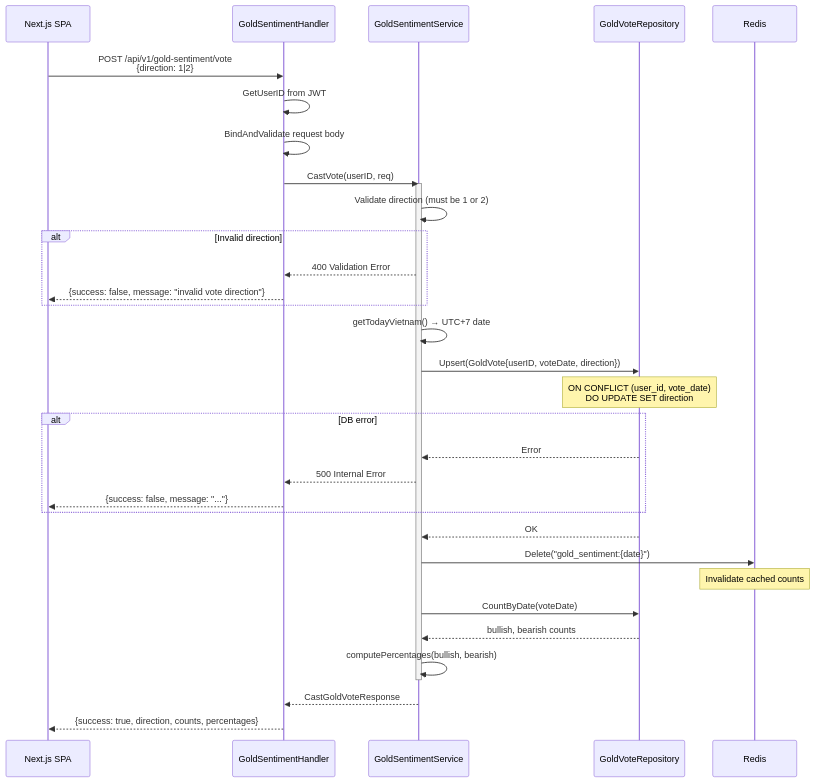
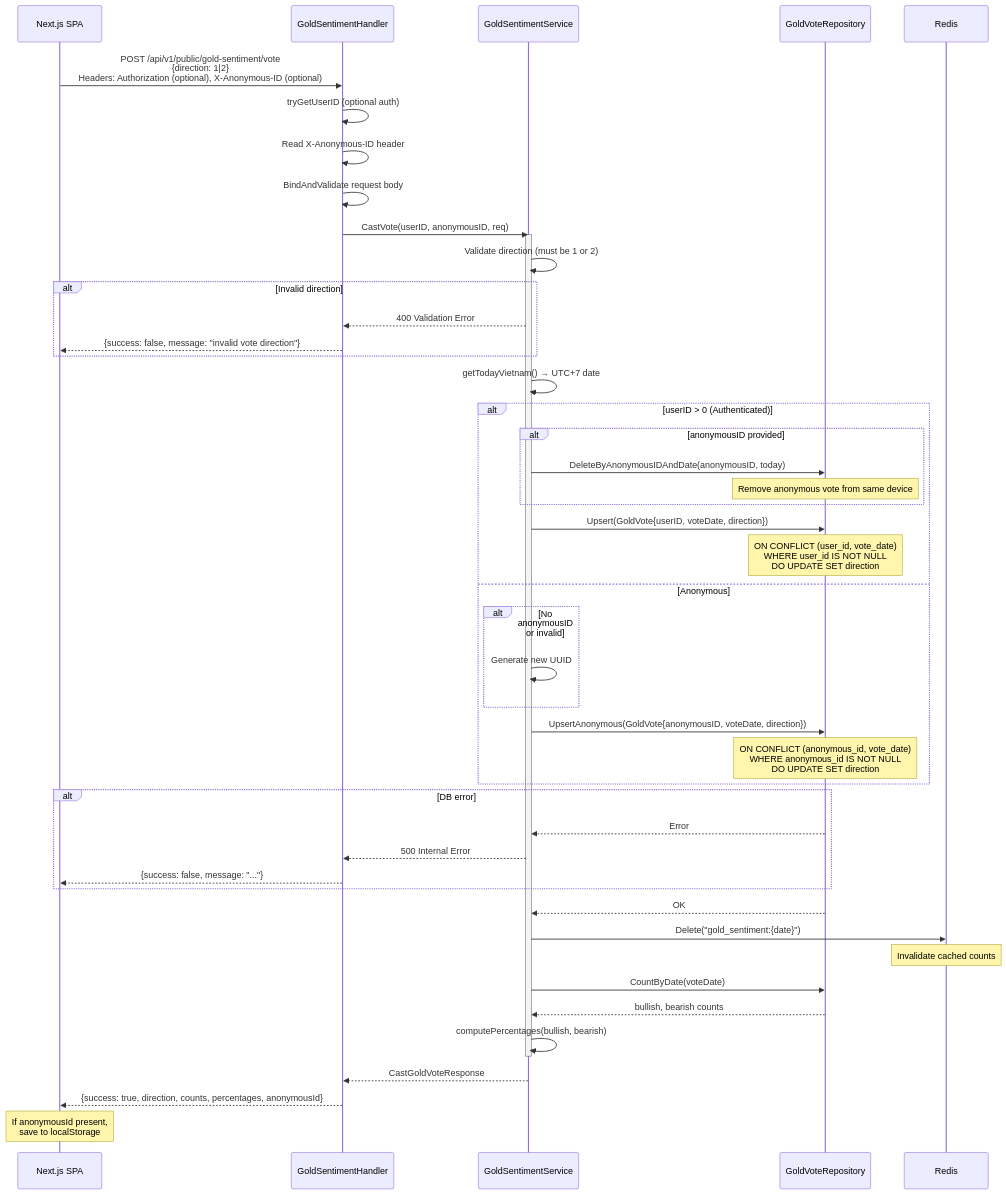
One commit to khanhnq1406/wealth-journey changed the first of 3 diagrams in docs/architecture/flow-gold-sentiment.md. Above: the diagram before and after it, drawn with Mermaid. The commit also changed other lines of this file and 20 other files, not shown here.

First line of the commit message:
feat(gold-sentiment): allow anonymous users to vote without authentication

````diff
--- a/docs/architecture/flow-gold-sentiment.md
+++ b/docs/architecture/flow-gold-sentiment.md
@@ -19,41 +19,57 @@
 ```mermaid
 sequenceDiagram
     participant SPA as Next.js SPA
     participant H as GoldSentimentHandler
     participant GS as GoldSentimentService
     participant VR as GoldVoteRepository
     participant R as Redis
 
-    SPA->>H: POST /api/v1/gold-sentiment/vote<br/>{direction: 1|2}
-    H->>H: GetUserID from JWT
+    SPA->>H: POST /api/v1/public/gold-sentiment/vote<br/>{direction: 1|2}<br/>Headers: Authorization (optional), X-Anonymous-ID (optional)
+    H->>H: tryGetUserID (optional auth)
+    H->>H: Read X-Anonymous-ID header
     H->>H: BindAndValidate request body
-    H->>GS: CastVote(userID, req)
+    H->>GS: CastVote(userID, anonymousID, req)
 
     activate GS
     GS->>GS: Validate direction (must be 1 or 2)
     alt Invalid direction
         GS-->>H: 400 Validation Error
         H-->>SPA: {success: false, message: "invalid vote direction"}
     end
 
     GS->>GS: getTodayVietnam() → UTC+7 date
-    GS->>VR: Upsert(GoldVote{userID, voteDate, direction})
-    Note over VR: ON CONFLICT (user_id, vote_date)<br/>DO UPDATE SET direction
+
+    alt userID > 0 (Authenticated)
+        alt anonymousID provided
+            GS->>VR: DeleteByAnonymousIDAndDate(anonymousID, today)
+            Note over VR: Remove anonymous vote from same device
+        end
+        GS->>VR: Upsert(GoldVote{userID, voteDate, direction})
+        Note over VR: ON CONFLICT (user_id, vote_date)<br/>WHERE user_id IS NOT NULL<br/>DO UPDATE SET direction
+    else Anonymous
+        alt No anonymousID or invalid
+            GS->>GS: Generate new UUID
+        end
+        GS->>VR: UpsertAnonymous(GoldVote{anonymousID, voteDate, direction})
+        Note over VR: ON CONFLICT (anonymous_id, vote_date)<br/>WHERE anonymous_id IS NOT NULL<br/>DO UPDATE SET direction
+    end
+
     alt DB error
         VR-->>GS: Error
         GS-->>H: 500 Internal Error
         H-->>SPA: {success: false, message: "..."}
     end
     VR-->>GS: OK
 
     GS->>R: Delete("gold_sentiment:{date}")
     Note over R: Invalidate cached counts
 
     GS->>VR: CountByDate(voteDate)
     VR-->>GS: bullish, bearish counts
     GS->>GS: computePercentages(bullish, bearish)
     deactivate GS
 
     GS-->>H: CastGoldVoteResponse
-    H-->>SPA: {success: true, direction, counts, percentages}
+    H-->>SPA: {success: true, direction, counts, percentages, anonymousId}
+    Note over SPA: If anonymousId present,<br/>save to localStorage
 ```
````
